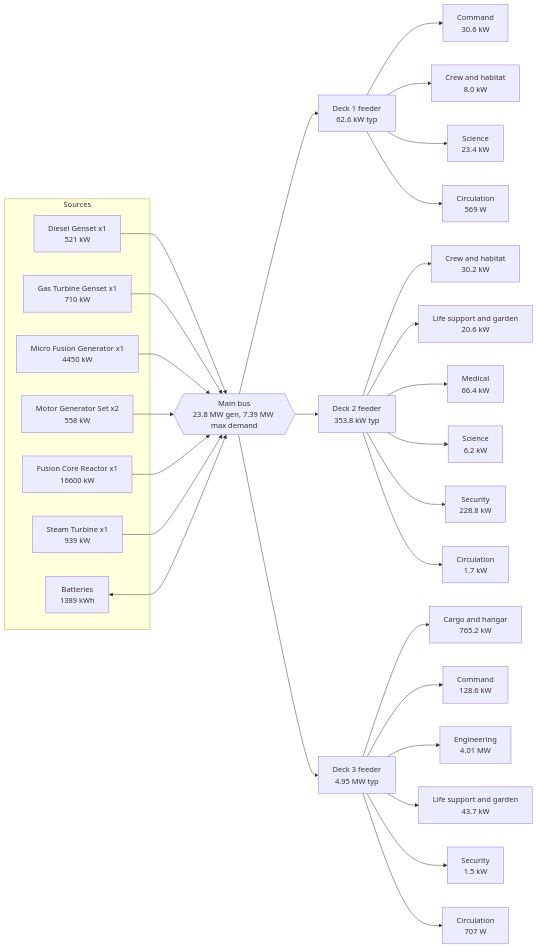
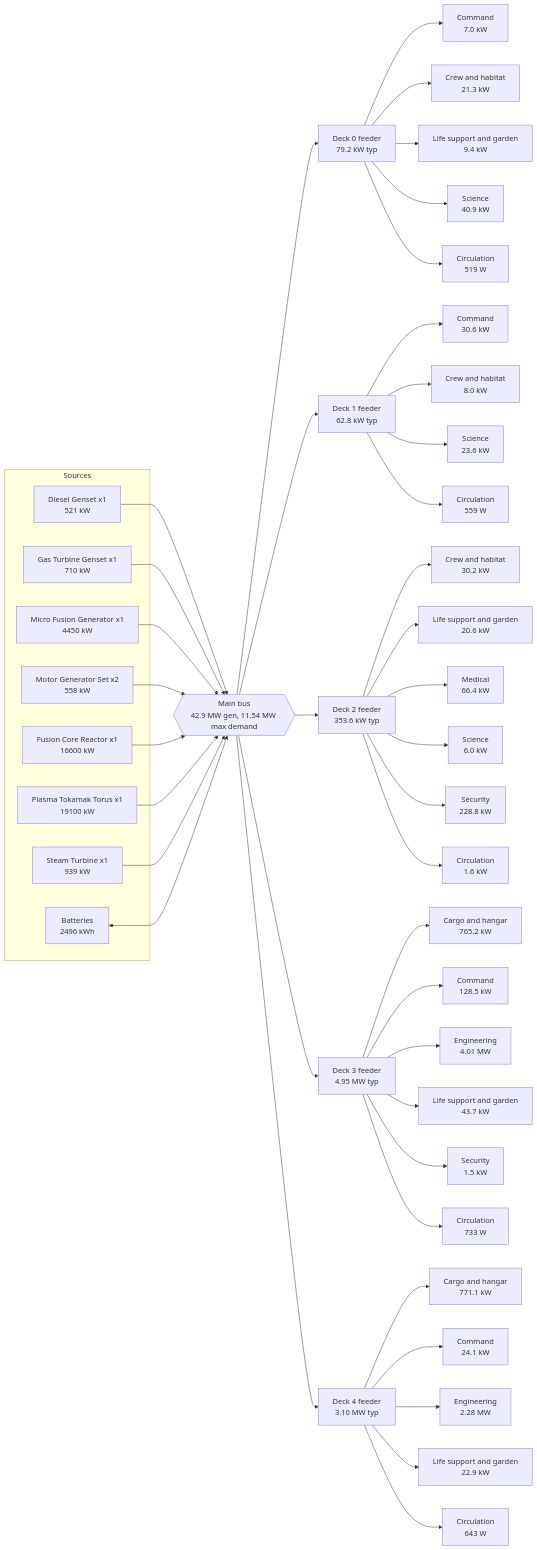
Before and after one commit to jgyy/starshipgo: the diagram in docs/SHIP_SPEC.md, drawn with Mermaid. The commit also changed other lines of this file and 173 other files, not shown here.

````diff
--- a/docs/SHIP_SPEC.md
+++ b/docs/SHIP_SPEC.md
@@ -196,39 +229,53 @@
 ```mermaid
 flowchart LR
     subgraph SRC[Sources]
         G0["Diesel Genset x1<br/>521 kW"]
         G1["Gas Turbine Genset x1<br/>710 kW"]
         G2["Micro Fusion Generator x1<br/>4450 kW"]
         G3["Motor Generator Set x2<br/>558 kW"]
         G4["Fusion Core Reactor x1<br/>16600 kW"]
-        G5["Steam Turbine x1<br/>939 kW"]
-        B0["Batteries<br/>1389 kWh"]
+        G5["Plasma Tokamak Torus x1<br/>19100 kW"]
+        G6["Steam Turbine x1<br/>939 kW"]
+        B0["Batteries<br/>2496 kWh"]
     end
-    BUS{{"Main bus<br/>23.8 MW gen, 7.39 MW max demand"}}
+    BUS{{"Main bus<br/>42.9 MW gen, 11.54 MW max demand"}}
     G0 --> BUS
     G1 --> BUS
     G2 --> BUS
     G3 --> BUS
     G4 --> BUS
     G5 --> BUS
+    G6 --> BUS
     B0 <--> BUS
-    BUS --> D1["Deck 1 feeder<br/>62.6 kW typ"]
+    BUS --> D0["Deck 0 feeder<br/>79.2 kW typ"]
+    D0 --> D0_command["Command<br/>7.0 kW"]
+    D0 --> D0_crew["Crew and habitat<br/>21.3 kW"]
+    D0 --> D0_life["Life support and garden<br/>9.4 kW"]
+    D0 --> D0_science["Science<br/>40.9 kW"]
+    D0 --> D0_transit["Circulation<br/>519 W"]
+    BUS --> D1["Deck 1 feeder<br/>62.8 kW typ"]
     D1 --> D1_command["Command<br/>30.6 kW"]
     D1 --> D1_crew["Crew and habitat<br/>8.0 kW"]
-    D1 --> D1_science["Science<br/>23.4 kW"]
-    D1 --> D1_transit["Circulation<br/>569 W"]
-    BUS --> D2["Deck 2 feeder<br/>353.8 kW typ"]
+    D1 --> D1_science["Science<br/>23.6 kW"]
+    D1 --> D1_transit["Circulation<br/>559 W"]
+    BUS --> D2["Deck 2 feeder<br/>353.6 kW typ"]
     D2 --> D2_crew["Crew and habitat<br/>30.2 kW"]
     D2 --> D2_life["Life support and garden<br/>20.6 kW"]
     D2 --> D2_medical["Medical<br/>66.4 kW"]
-    D2 --> D2_science["Science<br/>6.2 kW"]
+    D2 --> D2_science["Science<br/>6.0 kW"]
     D2 --> D2_security["Security<br/>228.8 kW"]
-    D2 --> D2_transit["Circulation<br/>1.7 kW"]
+    D2 --> D2_transit["Circulation<br/>1.6 kW"]
     BUS --> D3["Deck 3 feeder<br/>4.95 MW typ"]
     D3 --> D3_cargo["Cargo and hangar<br/>765.2 kW"]
-    D3 --> D3_command["Command<br/>128.6 kW"]
+    D3 --> D3_command["Command<br/>128.5 kW"]
     D3 --> D3_engineering["Engineering<br/>4.01 MW"]
     D3 --> D3_life["Life support and garden<br/>43.7 kW"]
     D3 --> D3_security["Security<br/>1.5 kW"]
-    D3 --> D3_transit["Circulation<br/>707 W"]
+    D3 --> D3_transit["Circulation<br/>733 W"]
+    BUS --> D4["Deck 4 feeder<br/>3.10 MW typ"]
+    D4 --> D4_cargo["Cargo and hangar<br/>771.1 kW"]
+    D4 --> D4_command["Command<br/>24.1 kW"]
+    D4 --> D4_engineering["Engineering<br/>2.28 MW"]
+    D4 --> D4_life["Life support and garden<br/>22.9 kW"]
+    D4 --> D4_transit["Circulation<br/>643 W"]
 ```
````
